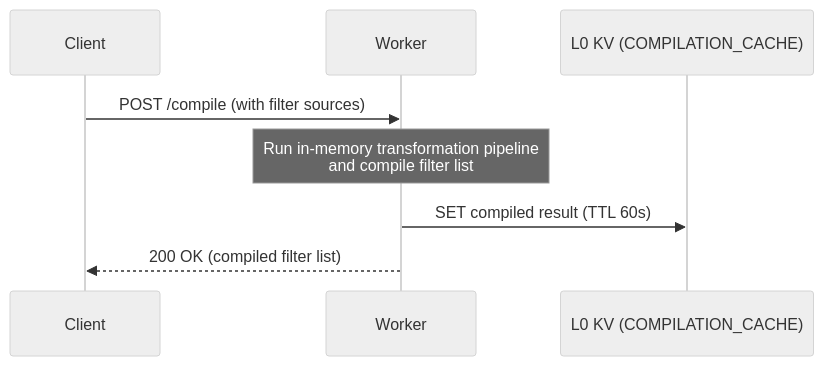
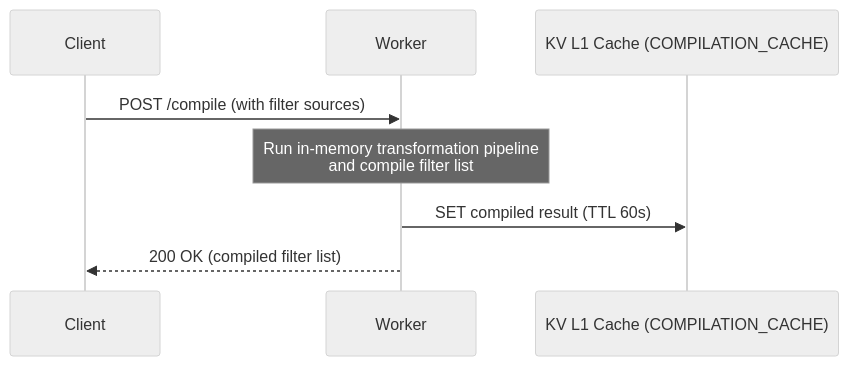
Before and after one commit to jaypatrick/adblock-compiler: the fourth of 9 diagrams in docs/database-setup/DATABASE_ARCHITECTURE.md, drawn with Mermaid (neutral theme). The commit also changed other lines of this file and 7 other files, not shown here.

````diff
--- a/docs/database-setup/DATABASE_ARCHITECTURE.md
+++ b/docs/database-setup/DATABASE_ARCHITECTURE.md
@@ -136,13 +136,13 @@
 ```mermaid
 sequenceDiagram
     participant C as Client
     participant W as Worker
-    participant KV as L0 KV (COMPILATION_CACHE)
+    participant KV as KV L1 Cache (COMPILATION_CACHE)
 
     C->>W: POST /compile (with filter sources)
 
     Note over W: Run in-memory transformation pipeline<br/>and compile filter list
 
     W->>KV: SET compiled result (TTL 60s)
     W-->>C: 200 OK (compiled filter list)
 ```
````
